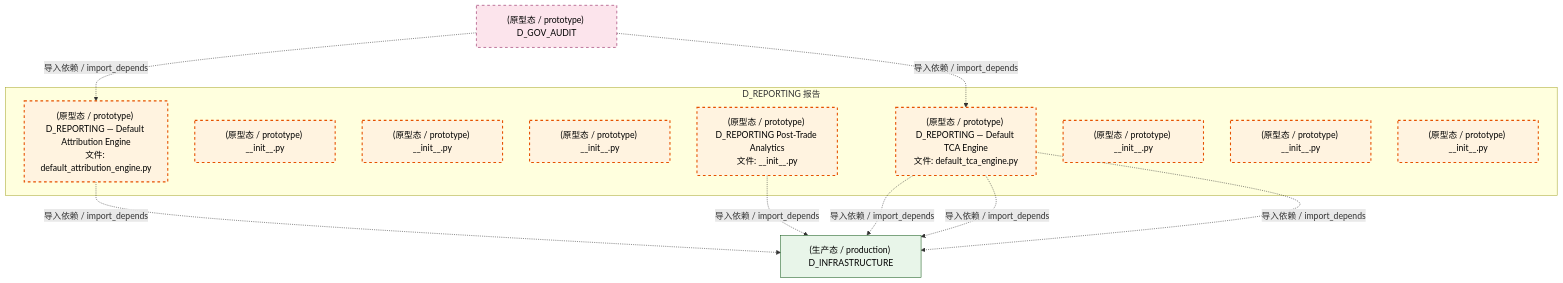
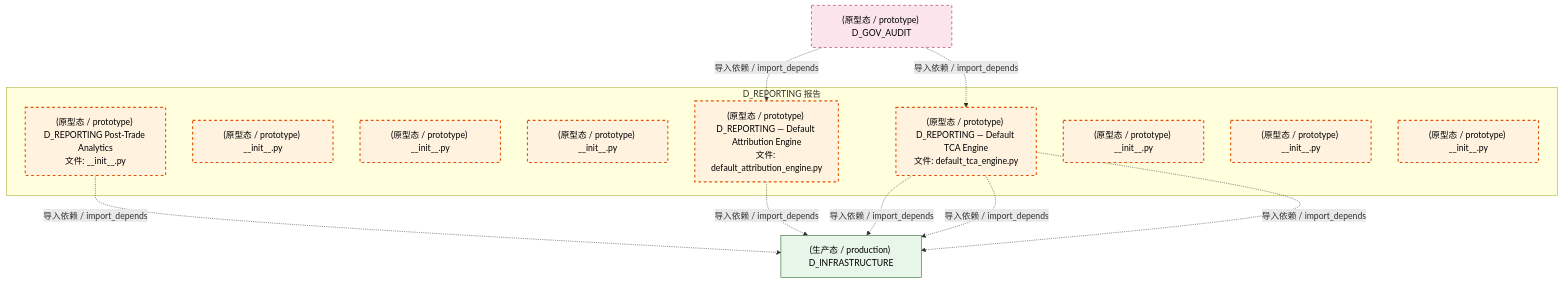
The third of 4 diagrams in docs/02_enterprise_architecture/02_domain_architecture_docs/23_d_reporting.md (xuanFelixVan/ZephyrAlpha), drawn with Mermaid before and after one commit. The commit also changed other lines of this file and 126 other files, not shown here.

````diff
--- a/docs/02_enterprise_architecture/02_domain_architecture_docs/23_d_reporting.md
+++ b/docs/02_enterprise_architecture/02_domain_architecture_docs/23_d_reporting.md
@@ -154,30 +154,30 @@
 ```mermaid
 graph TD
     subgraph D_REPORTING["D_REPORTING 报告"]
         src_zephyr_reporting_init_py["(原型态 / prototype) D_REPORTING Post-Trade Analytics<br/>文件: __init__.py"]
         src_zephyr_reporting_extensions_init_py["(原型态 / prototype) __init__.py"]
         src_zephyr_reporting_api_init_py["(原型态 / prototype) __init__.py"]
         src_zephyr_reporting_core_init_py["(原型态 / prototype) __init__.py"]
         src_zephyr_reporting_default_attribution_engine_py["(原型态 / prototype) D_REPORTING — Default Attribution Engine<br/>文件: default_attribution_engine.py"]
         src_zephyr_reporting_default_tca_engine_py["(原型态 / prototype) D_REPORTING — Default TCA Engine<br/>文件: default_tca_engine.py"]
         src_zephyr_reporting_infrastructure_init_py["(原型态 / prototype) __init__.py"]
         src_zephyr_reporting_models_init_py["(原型态 / prototype) __init__.py"]
         src_zephyr_reporting_services_init_py["(原型态 / prototype) __init__.py"]
     end
     D_INFRASTRUCTURE["(生产态 / production) D_INFRASTRUCTURE"]
+    src_zephyr_reporting_init_py -.->|导入依赖 / import_depends| D_INFRASTRUCTURE
     src_zephyr_reporting_default_attribution_engine_py -.->|导入依赖 / import_depends| D_INFRASTRUCTURE
-    src_zephyr_reporting_init_py -.->|导入依赖 / import_depends| D_INFRASTRUCTURE
     src_zephyr_reporting_default_tca_engine_py -.->|导入依赖 / import_depends| D_INFRASTRUCTURE
     src_zephyr_reporting_default_tca_engine_py -.->|导入依赖 / import_depends| D_INFRASTRUCTURE
     src_zephyr_reporting_default_tca_engine_py -.->|导入依赖 / import_depends| D_INFRASTRUCTURE
     D_GOV_AUDIT["(原型态 / prototype) D_GOV_AUDIT"]
     D_GOV_AUDIT -.->|导入依赖 / import_depends| src_zephyr_reporting_default_attribution_engine_py
     D_GOV_AUDIT -.->|导入依赖 / import_depends| src_zephyr_reporting_default_tca_engine_py
     classDef production fill:#e1f5fe,stroke:#01579b,stroke-width:2px,color:#000
     classDef design fill:#fff3e0,stroke:#e65100,stroke-width:2px,color:#000,stroke-dasharray: 5 5
     classDef external_prod fill:#e8f5e9,stroke:#1b5e20,stroke-width:1px,color:#000
     classDef external_design fill:#fce4ec,stroke:#880e4f,stroke-width:1px,color:#000,stroke-dasharray: 5 5
     class src_zephyr_reporting_init_py,src_zephyr_reporting_extensions_init_py,src_zephyr_reporting_api_init_py,src_zephyr_reporting_core_init_py,src_zephyr_reporting_default_attribution_engine_py,src_zephyr_reporting_default_tca_engine_py,src_zephyr_reporting_infrastructure_init_py,src_zephyr_reporting_models_init_py,src_zephyr_reporting_services_init_py design
     class D_INFRASTRUCTURE external_prod
     class D_GOV_AUDIT external_design
 ```
````
